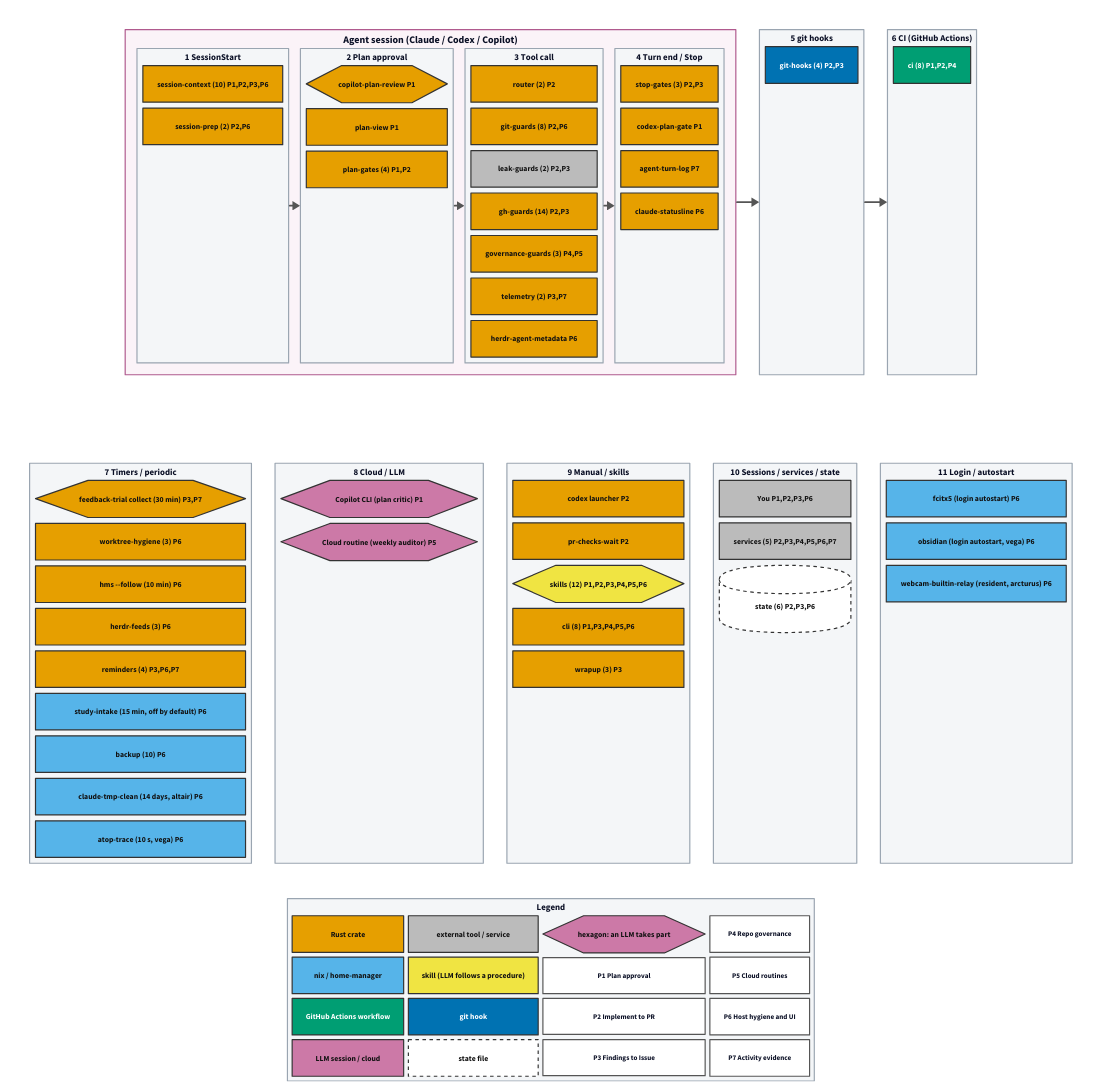
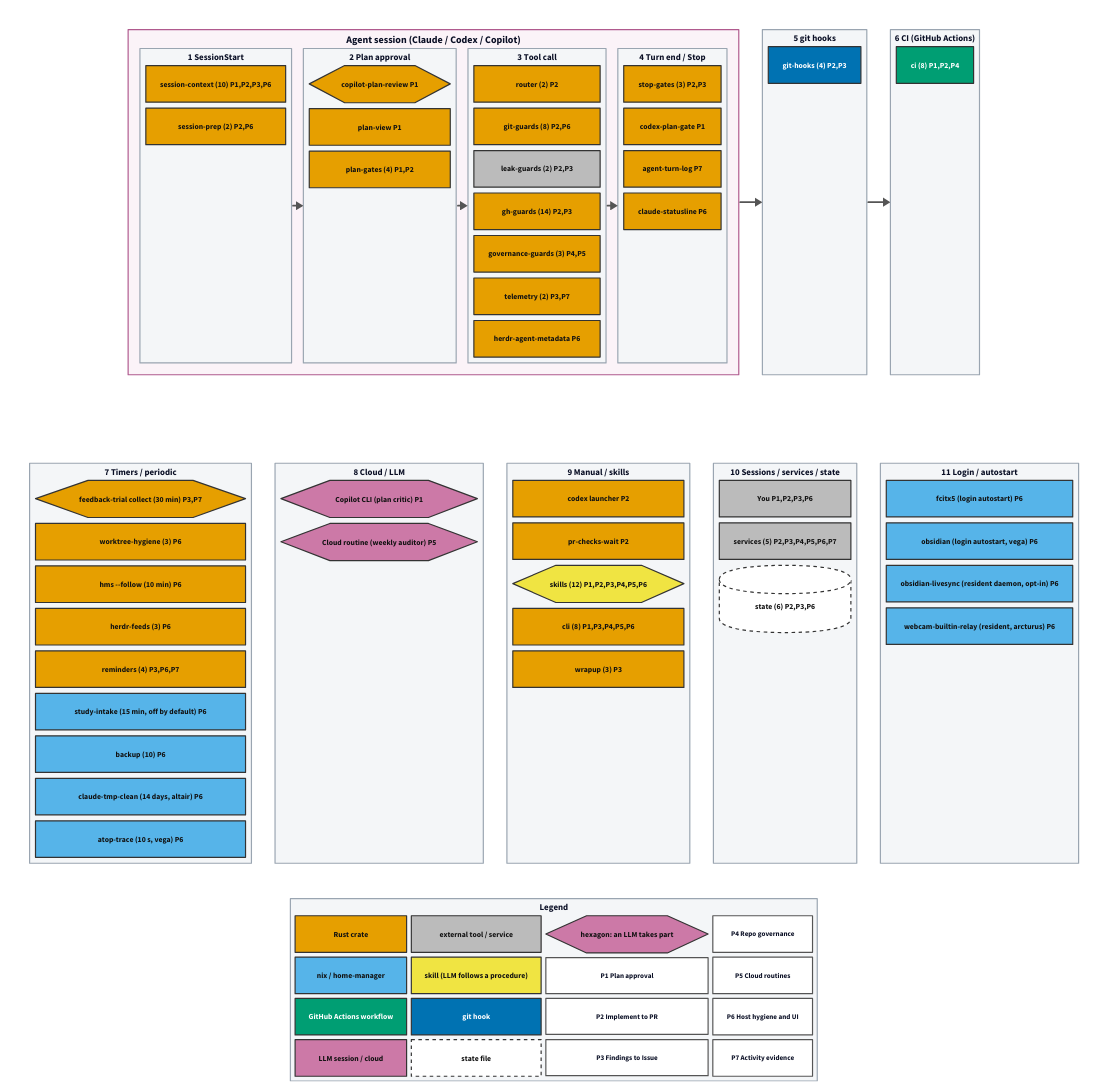
The diagram in docs/assets/pipeline-map/overview.d2 (tarotene/dotfiles), drawn with D2 before and after one commit. The commit also changed 5 other files, not shown here.

First line of the commit message:
fix(pipeline-map): obsidian-livesync の常駐 service に、ノードと対応付けを足す

```diff
--- a/docs/assets/pipeline-map/overview.d2
+++ b/docs/assets/pipeline-map/overview.d2
@@ -358,6 +358,9 @@
     g_obsidian_autostart: "obsidian (login autostart, vega)  P6" {
       class: s_nix
     }
+    g_obsidian_livesync: "obsidian-livesync (resident daemon, opt-in)  P6" {
+      class: s_nix
+    }
     g_webcam_builtin_relay: "webcam-builtin-relay (resident, arcturus)  P6" {
       class: s_nix
     }
```
